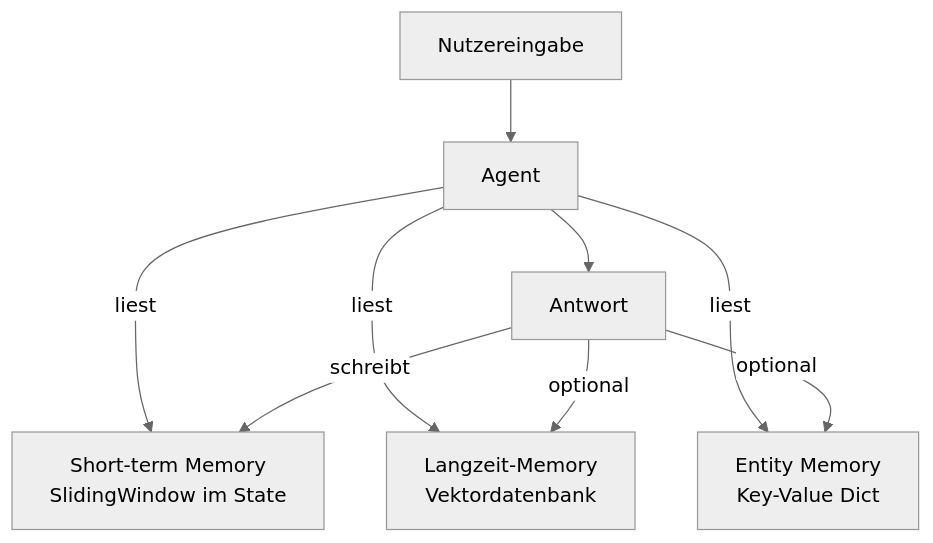
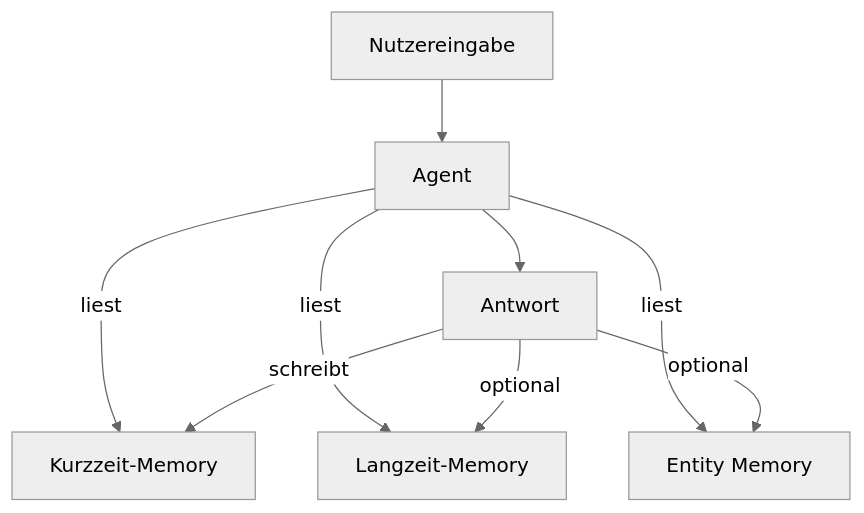
One commit to ralf-42/Agenten changed the third of 3 diagrams in docs/concepts/Memory_Systeme.md. Above: the diagram before and after it, drawn with Mermaid (neutral theme). The commit also changed other lines of this file and 15 other files, not shown here.

````diff
--- a/docs/concepts/Memory_Systeme.md
+++ b/docs/concepts/Memory_Systeme.md
@@ -323,13 +265,13 @@
 ```mermaid
 flowchart TD
     INPUT[Nutzereingabe] --> AGENT[Agent]
 
-    AGENT -->|liest| ST[Short-term Memory\nSlidingWindow im State]
-    AGENT -->|liest| LT[Langzeit-Memory\nVektordatenbank]
-    AGENT -->|liest| EM[Entity Memory\nKey-Value Dict]
+    AGENT -->|liest| ST[Kurzzeit-Memory]
+    AGENT -->|liest| LT[Langzeit-Memory]
+    AGENT -->|liest| EM[Entity Memory]
 
     AGENT --> RESPONSE[Antwort]
     RESPONSE -->|schreibt| ST
     RESPONSE -->|optional| LT
     RESPONSE -->|optional| EM
 ```
````
